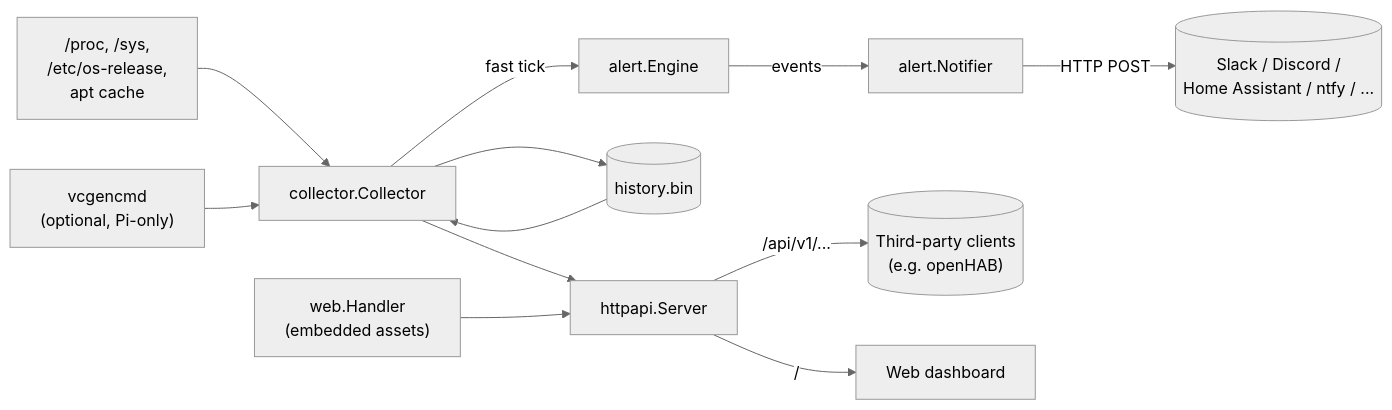
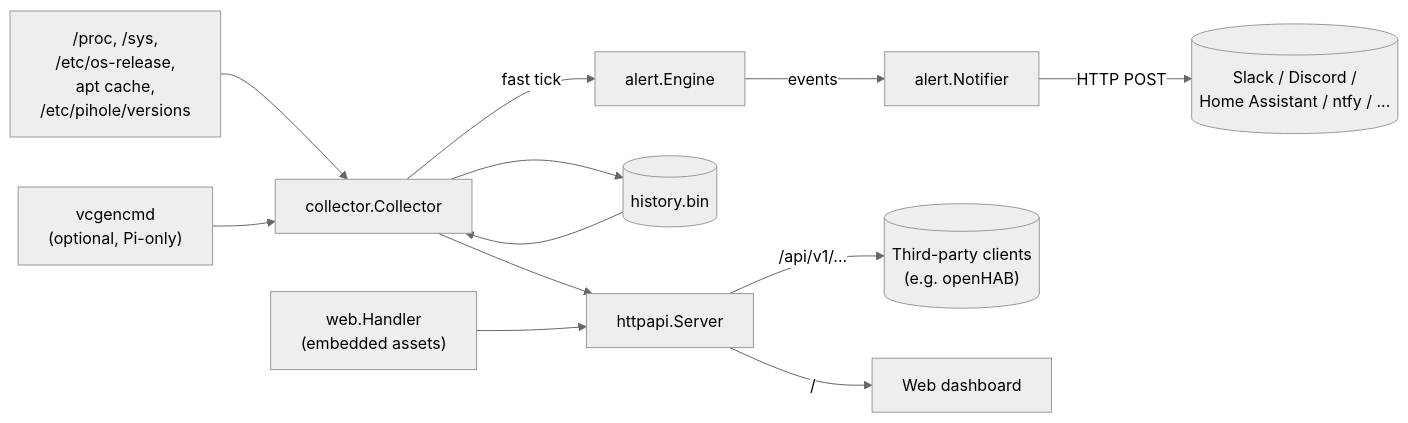
Before and after one commit to LarsLaskowski/PiMonitor: the diagram in docs/ARCHITECTURE.md, drawn with Mermaid (neutral theme). The commit also changed other lines of this file and 19 other files, not shown here.

````diff
--- a/docs/ARCHITECTURE.md
+++ b/docs/ARCHITECTURE.md
@@ -14,14 +14,14 @@
 ```mermaid
 flowchart LR
-    Proc["/proc, /sys,\n/etc/os-release,\napt cache"] --> Collector[collector.Collector]
+    Proc["/proc, /sys,\n/etc/os-release,\napt cache,\n/etc/pihole/versions"] --> Collector[collector.Collector]
     VCGen["vcgencmd\n(optional, Pi-only)"] --> Collector
     Collector -->|fast tick| Alerts[alert.Engine]
     Alerts -->|events| Notifier[alert.Notifier]
     Notifier -->|HTTP POST| Webhooks[("Slack / Discord /\nHome Assistant / ntfy / ...")]
     Collector --> History[(history.bin)]
     History --> Collector
     Collector --> Server[httpapi.Server]
     Web["web.Handler\n(embedded assets)"] --> Server
     Server -->|"/api/v1/..."| Clients[("Third-party clients\n(e.g. openHAB)")]
     Server -->|"/"| Browser[Web dashboard]
 ```
````
